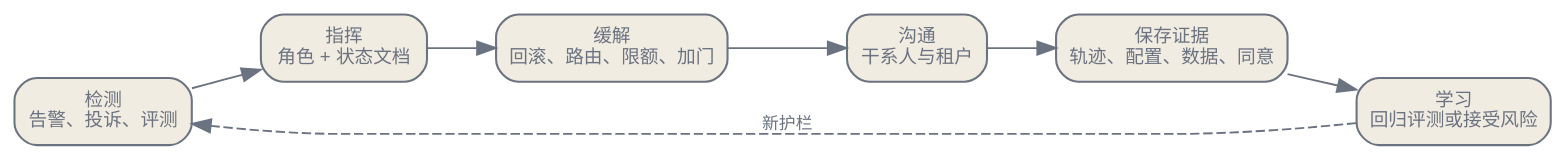
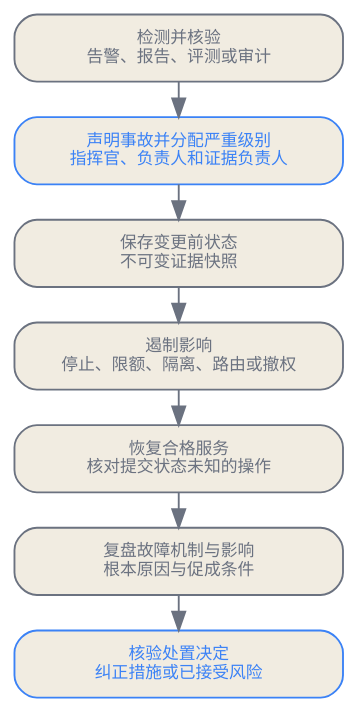
The second of 2 diagrams in zh/practice/13-operating-contracts.qmd (latere-ai/ai-as-an-infrastructure), drawn with Graphviz before and after one commit. The commit also changed other lines of this file and 2 other files, not shown here.

````diff
--- a/zh/practice/13-operating-contracts.qmd
+++ b/zh/practice/13-operating-contracts.qmd
@@ -147,20 +225,21 @@
 ```{dot}
 //| label: fig-operating-incident-loop
-//| fig-cap: "AI 事故循环。只有当线上失败变成回归评测、策略改动、数据引擎样本或被明确接受的风险时，循环才真正闭合。"
+//| fig-cap: "生产事故从核实信号开始，依次经历事故声明、影响遏制、服务恢复、复盘和纠正措施核验。沟通与证据保存贯穿整个生命周期。"
 digraph incident {
   bgcolor="transparent";
-  rankdir=LR;
-  node [shape=box, style="rounded,filled", fontname="Helvetica", fontsize=10, color="#6b7280", fontcolor="#6b7280", fillcolor="#f1ece1", penwidth=1.1];
-  edge [fontsize=9, fontname="Helvetica", color="#6b7280", fontcolor="#6b7280"];
+  rankdir=TB;
+  graph [nodesep=0.18, ranksep=0.26];
+  node [shape=box, style="rounded,filled", fontname="Helvetica", fontsize=9, color="#6b7280", fontcolor="#6b7280", fillcolor="#f1ece1", margin="0.09,0.06", width=2.45];
+  edge [fontsize=8, fontname="Helvetica", color="#6b7280", fontcolor="#6b7280"];
 
-  detect [label="检测\n告警、投诉、评测"];
-  command [label="指挥\n角色 + 状态文档"];
-  mitigate [label="缓解\n回滚、路由、限额、加门"];
-  communicate [label="沟通\n干系人与租户"];
-  evidence [label="保存证据\n轨迹、配置、数据、同意"];
-  learn [label="学习\n回归评测或接受风险"];
+  detect [label="检测并核验\n告警、报告、评测或审计"];
+  declare [label="声明事故并分配严重级别\n指挥官、负责人和证据负责人", color="#3b82f6", fontcolor="#3b82f6"];
+  snapshot [label="保存变更前状态\n不可变证据快照"];
+  contain [label="遏制影响\n停止、限额、隔离、路由或撤权"];
+  restore [label="恢复合格服务\n核对提交状态未知的操作"];
+  review [label="复盘故障机制与影响\n根本原因与促成条件"];
+  action [label="核验处置决定\n纠正措施或已接受风险", color="#3b82f6", fontcolor="#3b82f6"];
 
-  detect -> command -> mitigate -> communicate -> evidence -> learn;
-  learn -> detect [style=dashed, label="新护栏"];
+  detect -> declare -> snapshot -> contain -> restore -> review -> action;
 }
 ```
````
